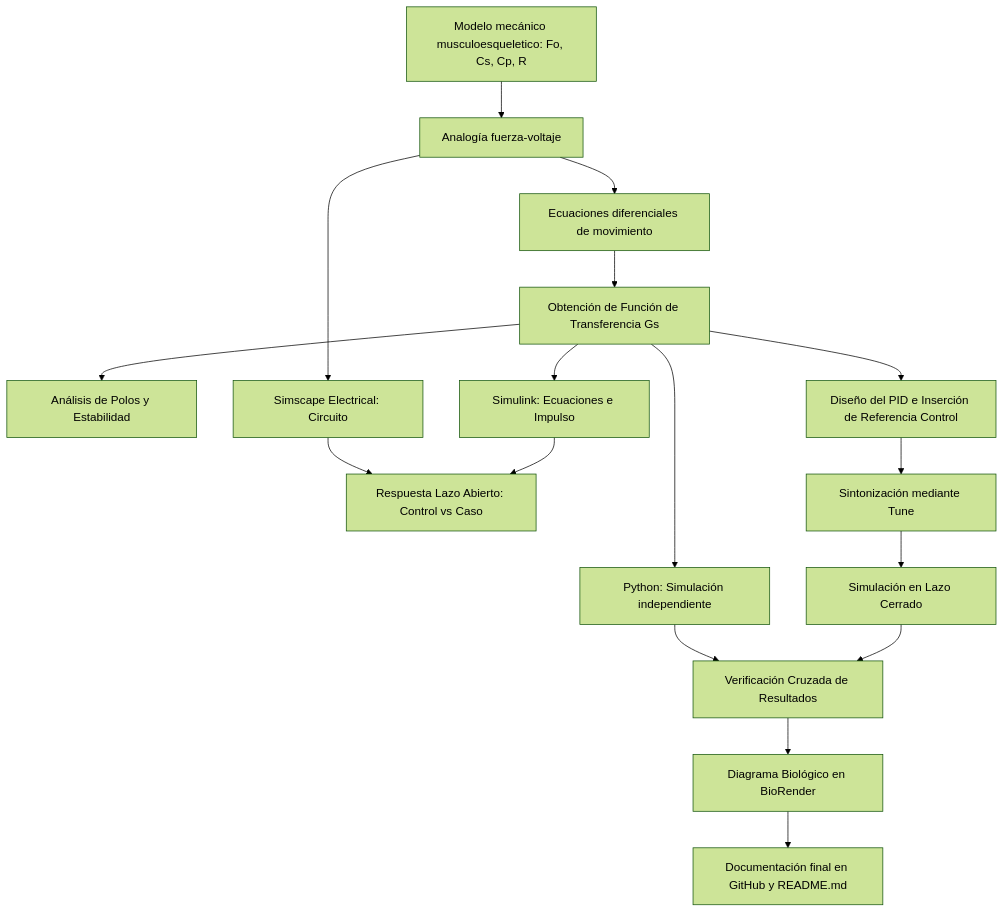
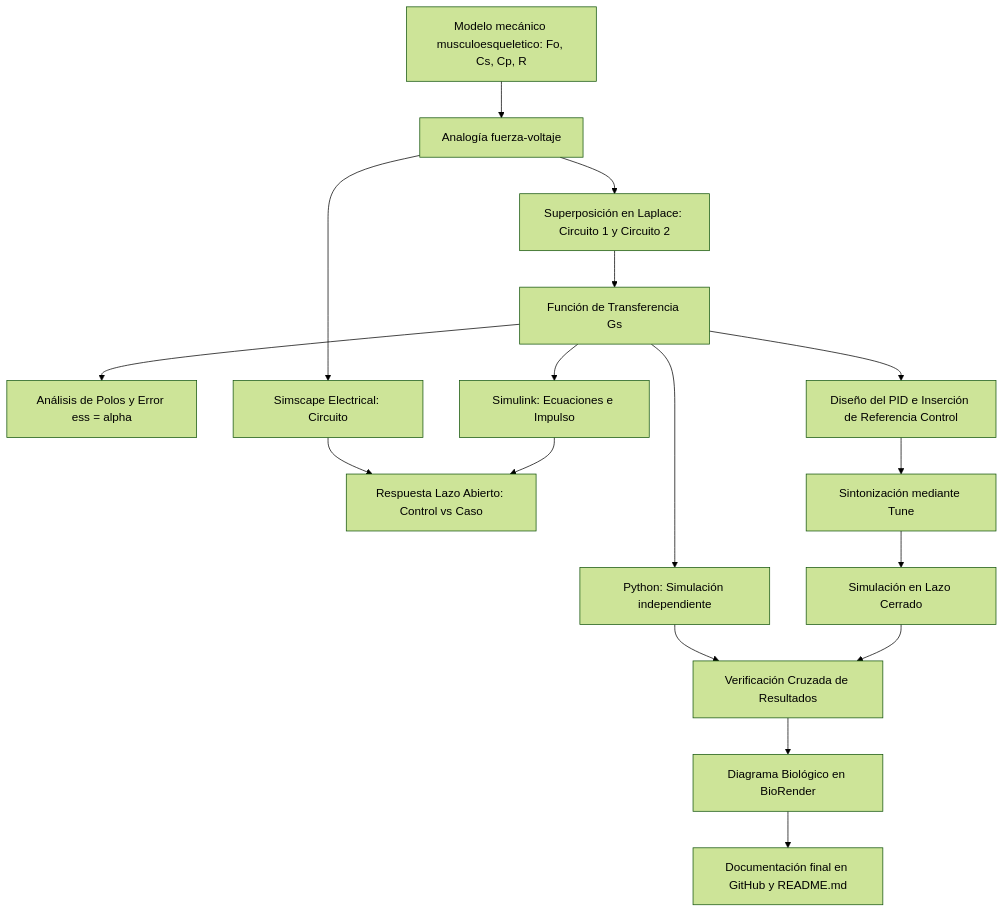
Before and after one commit to EmiCrack132/MSFP3: the second of 2 diagrams in README.md, drawn with Mermaid (forest theme). The commit also changed other lines of this file, not shown here.

````diff
--- a/README.md
+++ b/README.md
@@ -256,19 +290,19 @@
 ```mermaid
 flowchart TD
     A[Modelo mecánico musculoesqueletico: Fo, Cs, Cp, R] --> B[Analogía fuerza-voltaje]
-    B --> C[Ecuaciones diferenciales de movimiento]
-    C --> D[Obtención de Función de Transferencia Gs]
-    D --> E[Análisis de Polos y Estabilidad]
+    B --> C[Superposición en Laplace: Circuito 1 y Circuito 2]
+    C --> D[Función de Transferencia Gs]
+    D --> E[Análisis de Polos y Error ess = alpha]
     D --> F[Simulink: Ecuaciones e Impulso]
     B --> G[Simscape Electrical: Circuito]
     F --> H[Respuesta Lazo Abierto: Control vs Caso]
     G --> H
     D --> I[Diseño del PID e Inserción de Referencia Control]
     I --> J[Sintonización mediante Tune]
     J --> K[Simulación en Lazo Cerrado]
     D --> L[Python: Simulación independiente]
     K --> M[Verificación Cruzada de Resultados]
     L --> M
     M --> N[Diagrama Biológico en BioRender]
     N --> O[Documentación final en GitHub y README.md]
 ```
````
